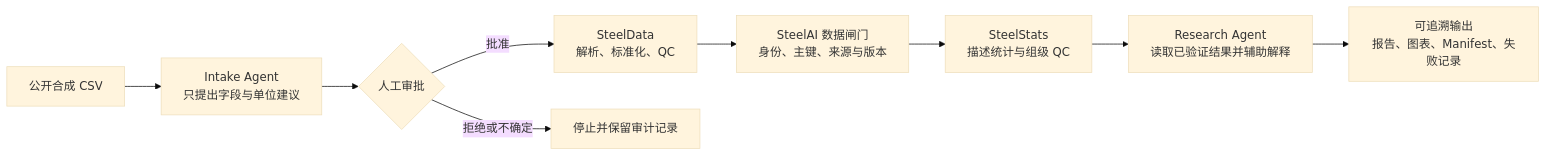
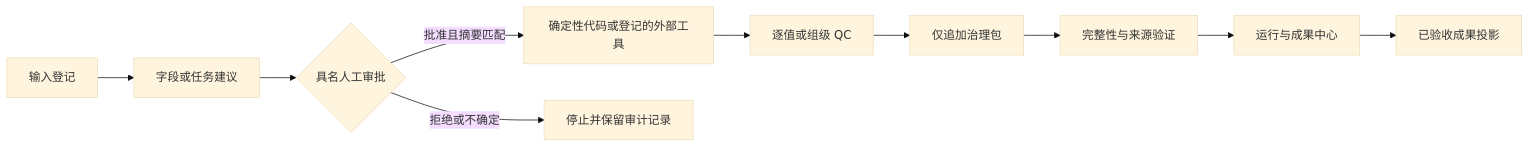
One commit to shidao23/steelai-workbench changed the diagram in docs/ARCHITECTURE.md. Above: the diagram before and after it, drawn with Mermaid (base theme). The commit also changed other lines of this file and 221 other files, not shown here.

````diff
--- a/docs/ARCHITECTURE.md
+++ b/docs/ARCHITECTURE.md
@@ -5,11 +7,12 @@
 ```mermaid
 flowchart LR
-    A[公开合成 CSV] --> B[Intake Agent\n只提出字段与单位建议]
-    B --> C{人工审批}
-    C -->|批准| D[SteelData\n解析、标准化、QC]
+    A[输入登记] --> B[字段或任务建议]
+    B --> C{具名人工审批}
+    C -->|批准且摘要匹配| D[确定性代码或登记的外部工具]
     C -->|拒绝或不确定| X[停止并保留审计记录]
-    D --> E[SteelAI 数据闸门\n身份、主键、来源与版本]
-    E --> F[SteelStats\n描述统计与组级 QC]
-    F --> G[Research Agent\n读取已验证结果并辅助解释]
-    G --> H[可追溯输出\n报告、图表、Manifest、失败记录]
+    D --> E[逐值或组级 QC]
+    E --> F[仅追加治理包]
+    F --> G[完整性与来源验证]
+    G --> H[运行与成果中心]
+    H --> I[已验收成果投影]
 ```
````
